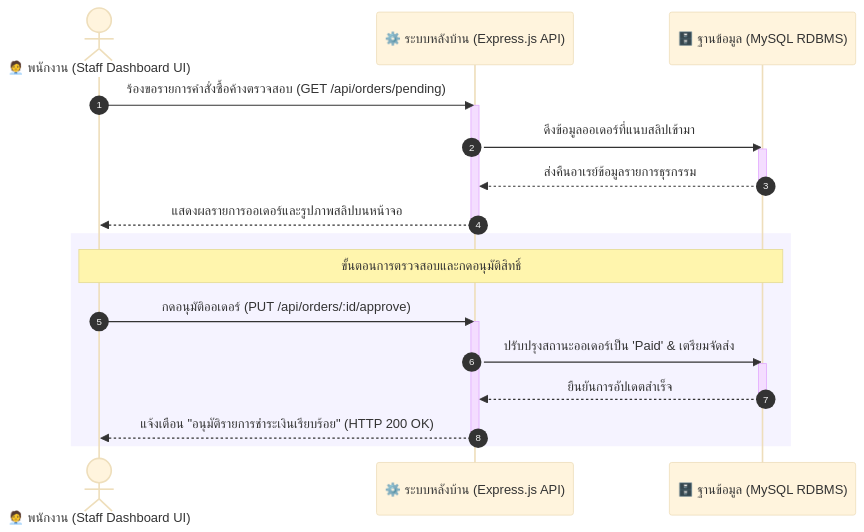
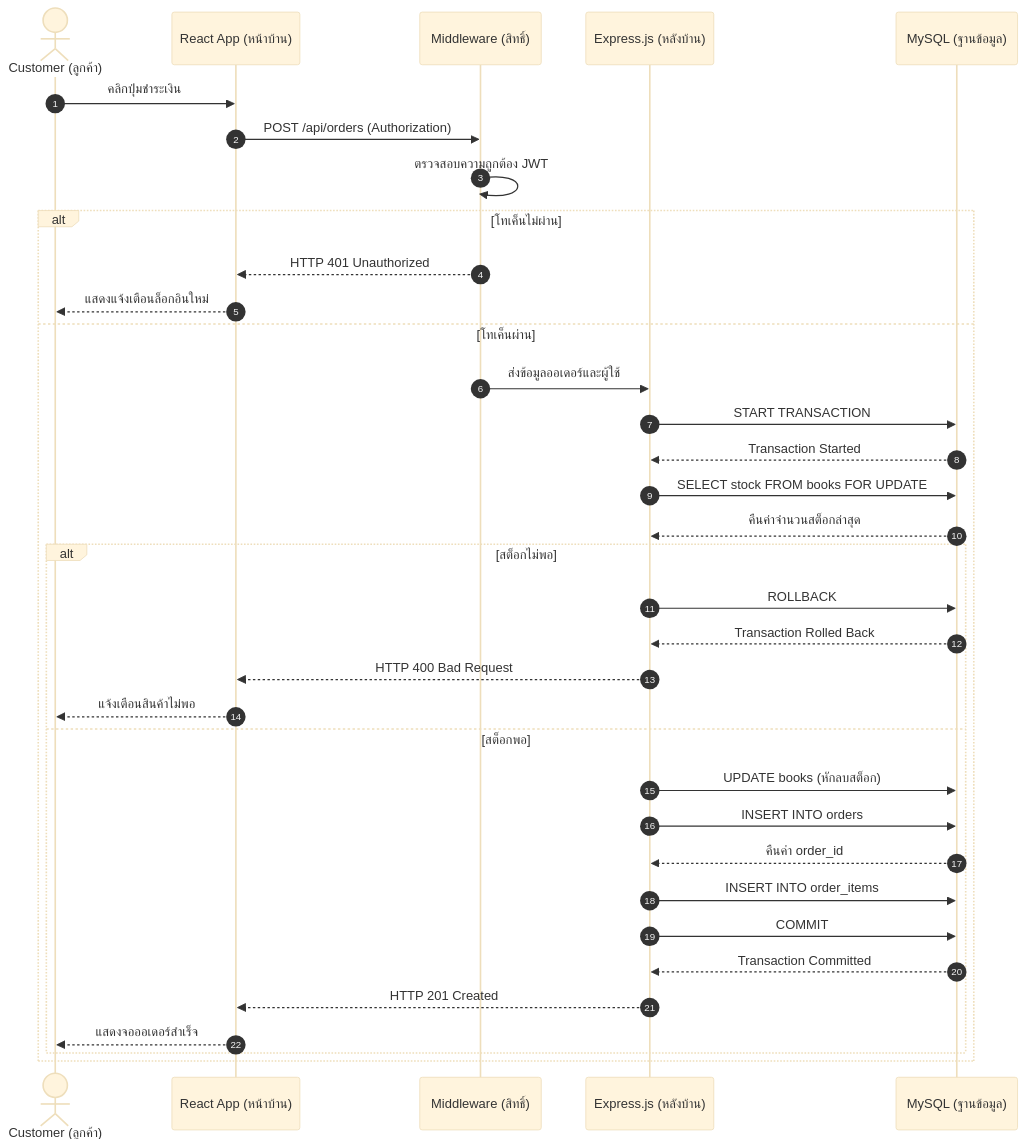
Before and after one commit to SupvichSpuGM/online-bookstore: the third of 3 diagrams in workshop4.md, drawn with Mermaid (base theme). The commit also changed other lines of this file, not shown here.

````diff
--- a/workshop4.md
+++ b/workshop4.md
@@ -135,28 +162,40 @@
 ```mermaid
 sequenceDiagram
     autonumber
-    actor Staff as 🧑‍💼 พนักงาน (Staff Dashboard UI)
-    participant Backend as ⚙️ ระบบหลังบ้าน (Express.js API)
-    participant DB as 🗄️ ฐานข้อมูล (MySQL RDBMS)
+    actor Customer as Customer (ลูกค้า)
+    participant Client as React App (หน้าบ้าน)
+    participant AuthMW as Middleware (สิทธิ์)
+    participant API as Express.js (หลังบ้าน)
+    participant DB as MySQL (ฐานข้อมูล)
 
-    Staff->>Backend: ร้องขอรายการคำสั่งซื้อค้างตรวจสอบ (GET /api/orders/pending)
-    activate Backend
-    Backend->>DB: ดึงข้อมูลออเดอร์ที่แนบสลิปเข้ามา
-    activate DB
-    DB-->>Backend: ส่งคืนอาเรย์ข้อมูลรายการธุรกรรม
-    deactivate DB
-    Backend-->>Staff: แสดงผลรายการออเดอร์และรูปภาพสลิปบนหน้าจอ
-    deactivate Backend
+    Customer->>Client: คลิกปุ่มชำระเงิน
+    Client->>AuthMW: POST /api/orders (Authorization)
+    AuthMW->>AuthMW: ตรวจสอบความถูกต้อง JWT
 
-    rect rgb(245, 243, 255)
-        note over Staff, DB: ขั้นตอนการตรวจสอบและกดอนุมัติสิทธิ์
-        Staff->>Backend: กดอนุมัติออเดอร์ (PUT /api/orders/:id/approve)
-        activate Backend
-        Backend->>DB: ปรับปรุงสถานะออเดอร์เป็น 'Paid' & เตรียมจัดส่ง
-        activate DB
-        DB-->>Backend: ยืนยันการอัปเดตสำเร็จ
-        deactivate DB
-        Backend-->>Staff: แจ้งเตือน "อนุมัติรายการชำระเงินเรียบร้อย" (HTTP 200 OK)
-        deactivate Backend
+    alt โทเค็นไม่ผ่าน
+        AuthMW-->>Client: HTTP 401 Unauthorized
+        Client-->>Customer: แสดงแจ้งเตือนล็อกอินใหม่
+    else โทเค็นผ่าน
+        AuthMW->>API: ส่งข้อมูลออเดอร์และผู้ใช้
+        API->>DB: START TRANSACTION
+        DB-->>API: Transaction Started
+        API->>DB: SELECT stock FROM books FOR UPDATE
+        DB-->>API: คืนค่าจำนวนสต็อกล่าสุด
+
+        alt สต็อกไม่พอ
+            API->>DB: ROLLBACK
+            DB-->>API: Transaction Rolled Back
+            API-->>Client: HTTP 400 Bad Request
+            Client-->>Customer: แจ้งเตือนสินค้าไม่พอ
+        else สต็อกพอ
+            API->>DB: UPDATE books (หักลบสต็อก)
+            API->>DB: INSERT INTO orders
+            DB-->>API: คืนค่า order_id
+            API->>DB: INSERT INTO order_items
+            API->>DB: COMMIT
+            DB-->>API: Transaction Committed
+            API-->>Client: HTTP 201 Created
+            Client-->>Customer: แสดงจอออเดอร์สำเร็จ
+        end
     end
 ```
````
